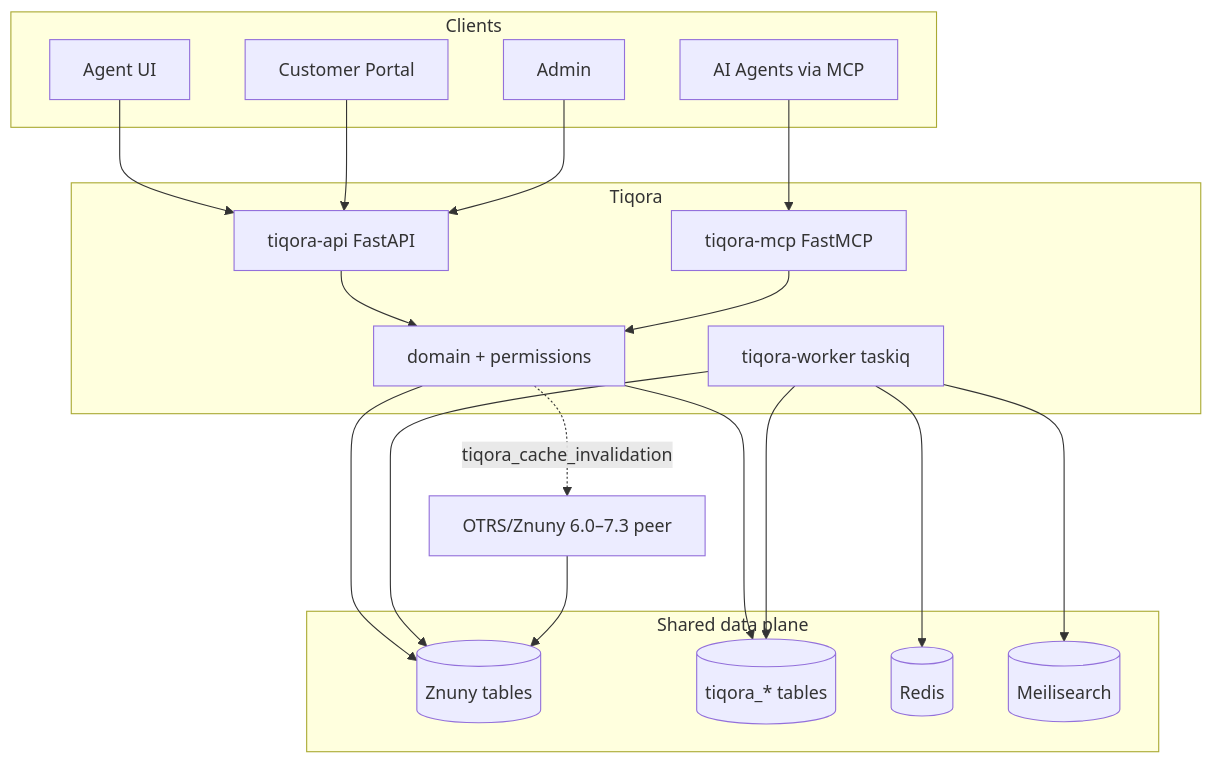
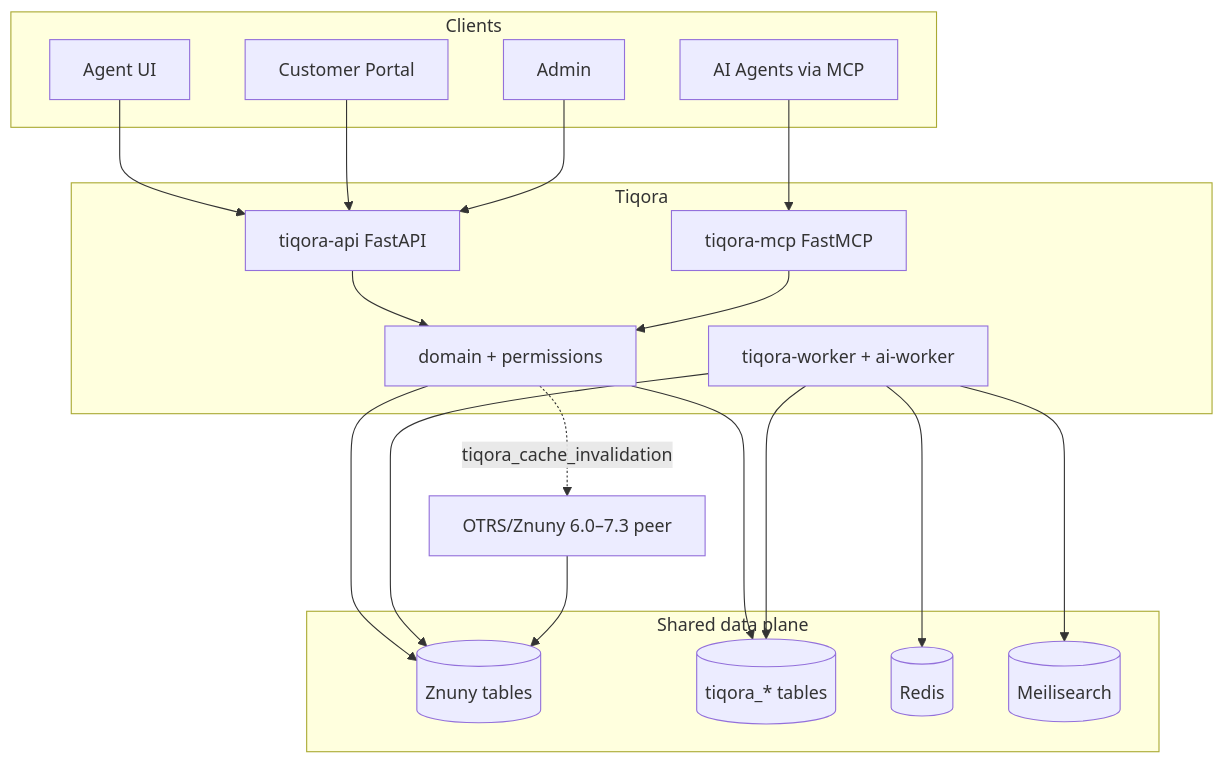
The diagram in README.md (CygnusNetworks/tiqora), drawn with Mermaid before and after one commit. The commit also changed other lines of this file and 87 other files, not shown here.

````diff
--- a/README.md
+++ b/README.md
@@ -205,40 +233,40 @@
 ```mermaid
 flowchart TB
   subgraph clients [Clients]
     AgentUI[Agent UI]
     Portal[Customer Portal]
     Admin[Admin]
     AI[AI Agents via MCP]
   end
 
   subgraph tiqora [Tiqora]
     API[tiqora-api FastAPI]
     MCP[tiqora-mcp FastMCP]
-    Worker[tiqora-worker taskiq]
+    Worker[tiqora-worker + ai-worker]
     Domain[domain + permissions]
   end
 
   subgraph data [Shared data plane]
     ZTables[(Znuny tables)]
     TTables[(tiqora_* tables)]
     Redis[(Redis)]
     Meili[(Meilisearch)]
   end
 
   Znuny[OTRS/Znuny 6.0–7.3 peer]
 
   AgentUI --> API
   Portal --> API
   Admin --> API
   AI --> MCP
   API --> Domain
   MCP --> Domain
   Domain --> ZTables
   Domain --> TTables
   Worker --> ZTables
   Worker --> TTables
   Worker --> Redis
   Worker --> Meili
   Znuny --> ZTables
   Domain -.->|tiqora_cache_invalidation| Znuny
 ```
````
